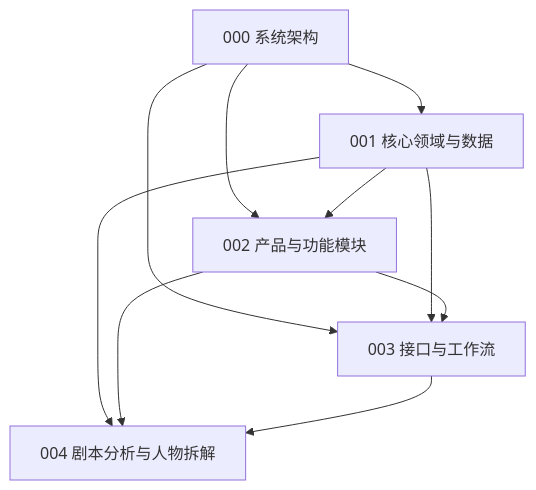
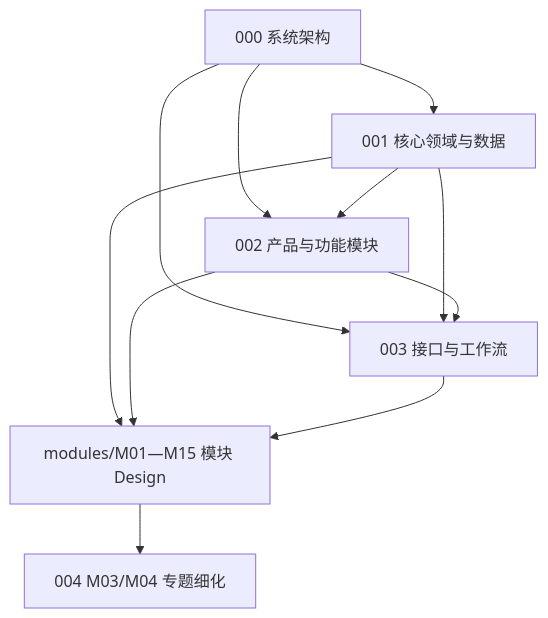
Before and after one commit to StephenQiu30/lanverse: the diagram in docs/design/README.md, drawn with Mermaid. The commit also changed other lines of this file and 59 other files, not shown here.

````diff
--- a/docs/design/README.md
+++ b/docs/design/README.md
@@ -23,12 +24,13 @@
 ```mermaid
 flowchart TD
     A["000 系统架构"] --> B["001 核心领域与数据"]
     A --> C["002 产品与功能模块"]
     B --> C
     A --> D["003 接口与工作流"]
     B --> D
     C --> D
-    B --> E["004 剧本分析与人物拆解"]
+    B --> E["modules/M01—M15 模块 Design"]
     C --> E
     D --> E
+    E --> F["004 M03/M04 专题细化"]
 ```
````
